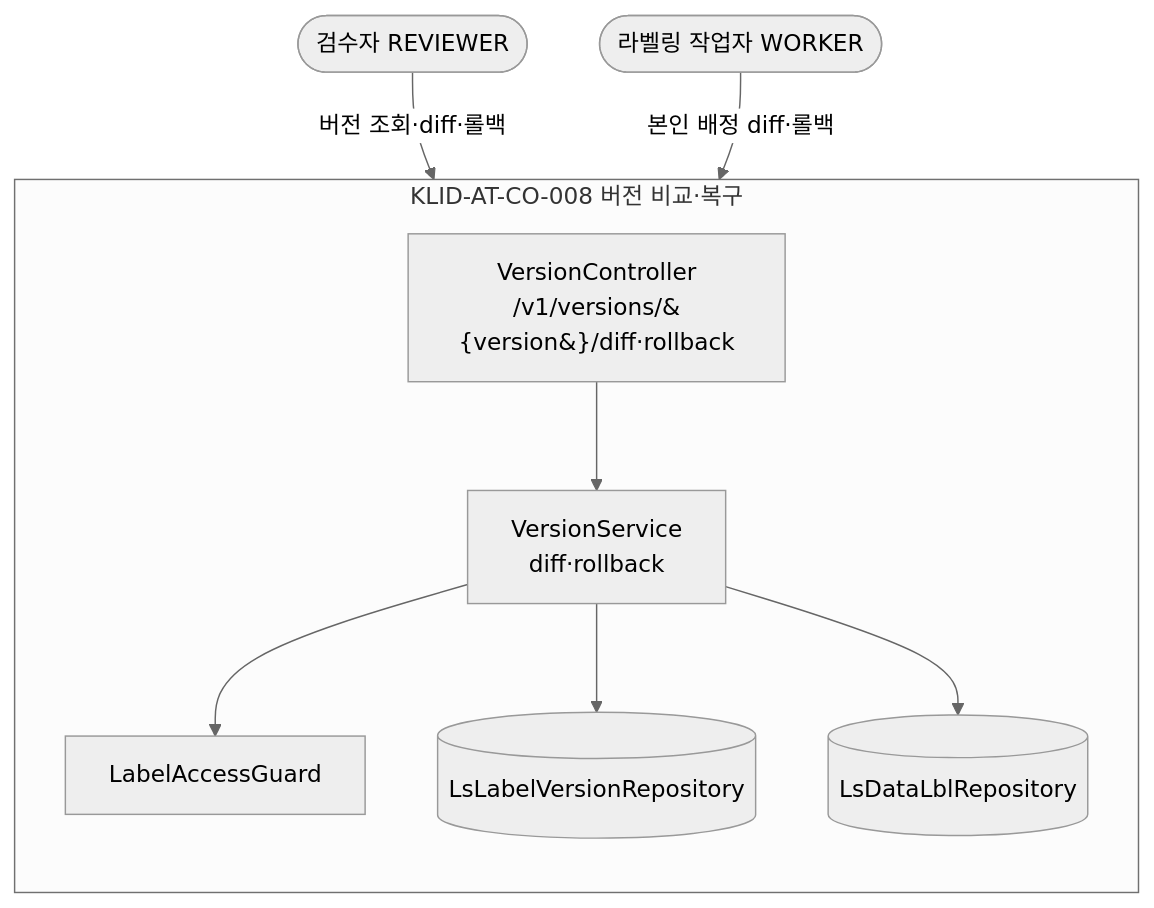
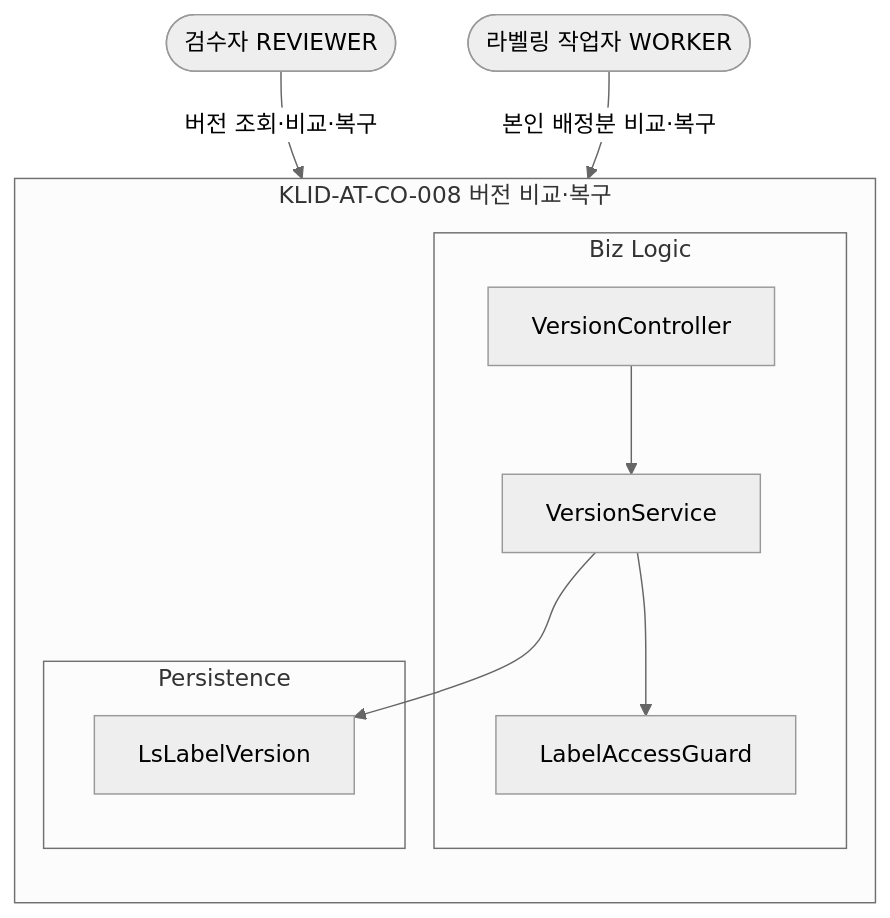
Before and after one commit to New-stella/klid-label: the eighth of 13 diagrams in docs/design/D3-컴포넌트설계서.md, drawn with Mermaid (neutral theme). The commit also changed other lines of this file and 32 other files, not shown here.

````diff
--- a/docs/design/D3-컴포넌트설계서.md
+++ b/docs/design/D3-컴포넌트설계서.md
@@ -205,19 +254,21 @@
 ```mermaid
 flowchart TD
     REVIEWER([검수자 REVIEWER])
     WORKER([라벨링 작업자 WORKER])
     subgraph CO008[KLID-AT-CO-008 버전 비교·복구]
         direction TB
-        VC[VersionController<br/>/v1/versions/&#123;version&#125;/diff·rollback]
-        VS[VersionService<br/>diff·rollback]
-        LAG[LabelAccessGuard]
-        LLV[(LsLabelVersionRepository)]
-        LDL[(LsDataLblRepository)]
+        subgraph BIZ8[Biz Logic]
+            VC[VersionController]
+            VS[VersionService]
+            LAG[LabelAccessGuard]
+        end
+        subgraph PER8[Persistence]
+            LLV[LsLabelVersion]
+        end
         VC --> VS
         VS --> LAG
         VS --> LLV
-        VS --> LDL
     end
-    REVIEWER -->|버전 조회·diff·롤백| VC
-    WORKER -->|본인 배정 diff·롤백| VC
+    REVIEWER -->|버전 조회·비교·복구| VC
+    WORKER -->|본인 배정분 비교·복구| VC
 ```
````
